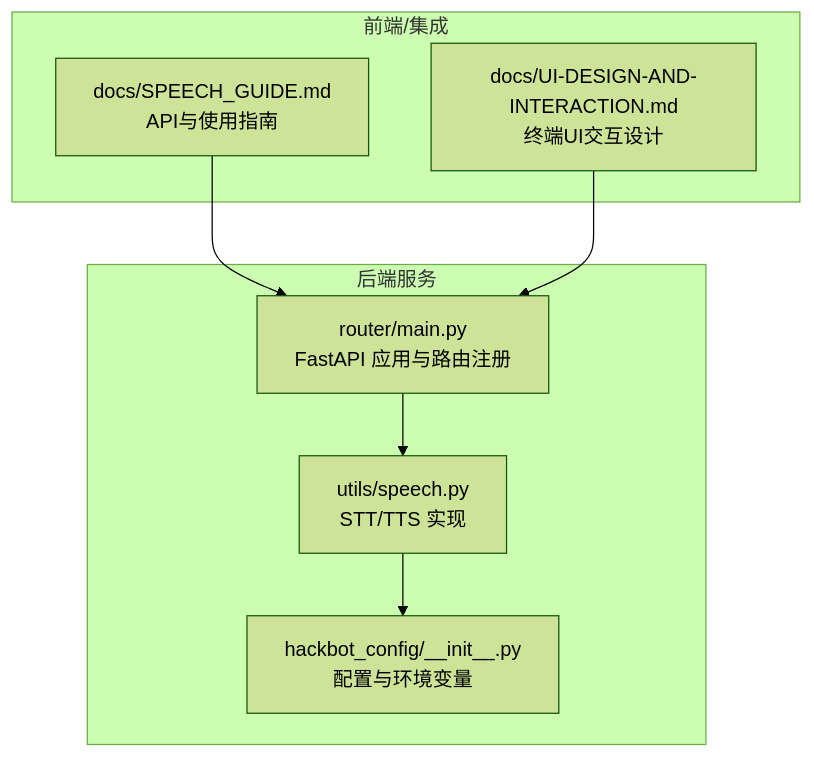
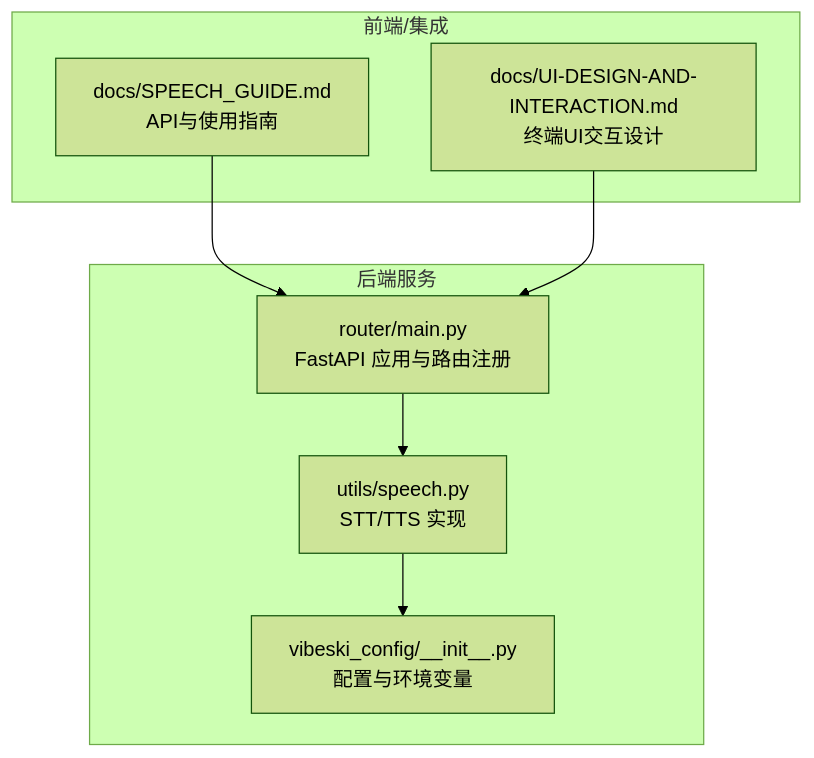
One commit to crabin/VIBESKI changed the first of 7 diagrams in .qoder/repowiki/zh/content/项目概述/核心功能特性/语音交互功能.md. Above: the diagram before and after it, drawn with Mermaid (forest theme). The commit also changed other lines of this file and 170 other files, not shown here.

Commit message:
chore: rename all secbot/hackbot identifiers to vibeski

````diff
--- a/.qoder/repowiki/zh/content/项目概述/核心功能特性/语音交互功能.md
+++ b/.qoder/repowiki/zh/content/项目概述/核心功能特性/语音交互功能.md
@@ -35,16 +35,16 @@
 ```mermaid
 graph TB
 subgraph "后端服务"
 A["router/main.py<br/>FastAPI 应用与路由注册"]
 B["utils/speech.py<br/>STT/TTS 实现"]
-C["hackbot_config/__init__.py<br/>配置与环境变量"]
+C["vibeski_config/__init__.py<br/>配置与环境变量"]
 end
 subgraph "前端/集成"
 D["docs/SPEECH_GUIDE.md<br/>API与使用指南"]
 E["docs/UI-DESIGN-AND-INTERACTION.md<br/>终端UI交互设计"]
 end
 A --> B
 B --> C
 D --> A
 E --> A
 ```
````
